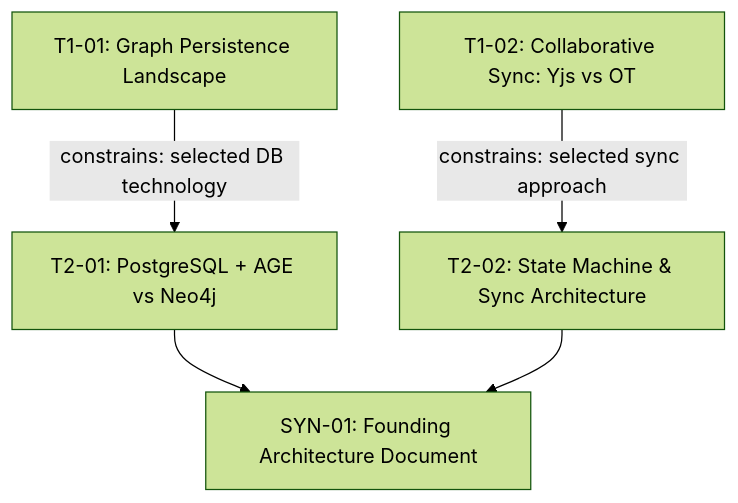
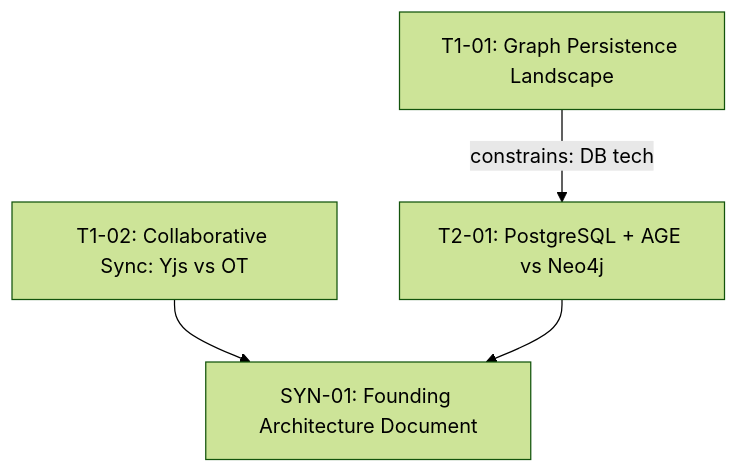
The diagram in examples/SAMPLE-PIPELINE.md (bhaskarjha-dev/vivechak), drawn with Mermaid (forest theme) before and after one commit. The commit also changed other lines of this file and 46 other files, not shown here.

````diff
--- a/examples/SAMPLE-PIPELINE.md
+++ b/examples/SAMPLE-PIPELINE.md
@@ -39,13 +56,11 @@
 ```mermaid
 graph TD
     T01[T1-01: Graph Persistence Landscape]
     T02[T1-02: Collaborative Sync: Yjs vs OT]
     T03[T2-01: PostgreSQL + AGE vs Neo4j]
-    T04[T2-02: State Machine & Sync Architecture]
     SYN[SYN-01: Founding Architecture Document]
 
-    T01 -->|constrains: selected DB technology| T03
-    T02 -->|constrains: selected sync approach| T04
+    T01 -->|constrains: DB tech| T03
+    T02 --> SYN
     T03 --> SYN
-    T04 --> SYN
 ```
````
